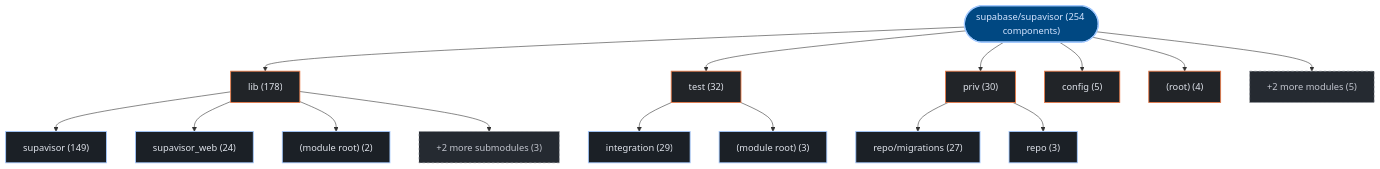
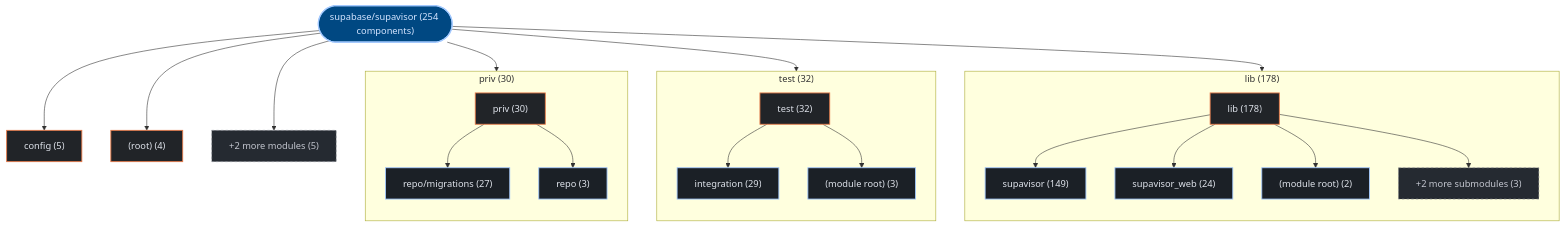
One commit to kumarshaz/atruss-code-atlas changed the first of 3 diagrams in exports/latest/reports/supabase-supavisor-report.md. Above: the diagram before and after it, drawn with Mermaid. The commit also changed 178 other files, not shown here.

Commit message:
feat(ui,mermaid): upgrade to mermaid v12 + ELK layout, add orgs-summary + pagination, subgraph building blocks, fix tab alignment

````diff
--- a/exports/latest/reports/supabase-supavisor-report.md
+++ b/exports/latest/reports/supabase-supavisor-report.md
@@ -42,39 +42,48 @@
 ```mermaid
 graph TD;
   classDef atlasRoot fill:#004882,stroke:#a3c9ff,stroke-width:2px,color:#d3e4ff
   classDef atlasCategory fill:#212428,stroke:#E87A48,stroke-width:1.5px,color:#dfe3eb
   classDef atlasWorkflow fill:#1b2026,stroke:#a3c9ff,stroke-width:1.5px,color:#dfe3eb
   classDef atlasJob fill:#171c22,stroke:#8d9199,stroke-width:1px,color:#dfe3eb
   classDef atlasTarget fill:#005227,stroke:#8bd99b,stroke-width:1.5px,color:#a7f6b6
   classDef atlasAlert fill:#93000a,stroke:#ffb4ab,stroke-width:1.5px,color:#ffdad6
   classDef atlasMore fill:#252a31,stroke:#8d9199,stroke-dasharray:4 4,color:#c3c6cf
     repo_root(["supabase/supavisor (254 components)"]):::atlasRoot
-    dir_0_lib["lib (178)"]:::atlasCategory
+    subgraph sg_dir_0_lib["lib (178)"]
+      direction TB
+      dir_0_lib["lib (178)"]:::atlasCategory
+      sub_0_0_supavisor["supavisor (149)"]:::atlasWorkflow
+      dir_0_lib --> sub_0_0_supavisor
+      sub_0_1_supavisor_web["supavisor_web (24)"]:::atlasWorkflow
+      dir_0_lib --> sub_0_1_supavisor_web
+      sub_0_2__module_root_["(module root) (2)"]:::atlasWorkflow
+      dir_0_lib --> sub_0_2__module_root_
+      sub_0_more["+2 more submodules (3)"]:::atlasMore
+      dir_0_lib --> sub_0_more
+    end
     repo_root --> dir_0_lib
-    sub_0_0_supavisor["supavisor (149)"]:::atlasWorkflow
-    dir_0_lib --> sub_0_0_supavisor
-    sub_0_1_supavisor_web["supavisor_web (24)"]:::atlasWorkflow
-    dir_0_lib --> sub_0_1_supavisor_web
-    sub_0_2__module_root_["(module root) (2)"]:::atlasWorkflow
-    dir_0_lib --> sub_0_2__module_root_
-    sub_0_more["+2 more submodules (3)"]:::atlasMore
-    dir_0_lib --> sub_0_more
-    dir_1_test["test (32)"]:::atlasCategory
+    subgraph sg_dir_1_test["test (32)"]
+      direction TB
+      dir_1_test["test (32)"]:::atlasCategory
+      sub_1_0_integration["integration (29)"]:::atlasWorkflow
+      dir_1_test --> sub_1_0_integration
+      sub_1_1__module_root_["(module root) (3)"]:::atlasWorkflow
+      dir_1_test --> sub_1_1__module_root_
+    end
     repo_root --> dir_1_test
-    sub_1_0_integration["integration (29)"]:::atlasWorkflow
-    dir_1_test --> sub_1_0_integration
-    sub_1_1__module_root_["(module root) (3)"]:::atlasWorkflow
-    dir_1_test --> sub_1_1__module_root_
-    dir_2_priv["priv (30)"]:::atlasCategory
+    subgraph sg_dir_2_priv["priv (30)"]
+      direction TB
+      dir_2_priv["priv (30)"]:::atlasCategory
+      sub_2_0_repo_migrations["repo/migrations (27)"]:::atlasWorkflow
+      dir_2_priv --> sub_2_0_repo_migrations
+      sub_2_1_repo["repo (3)"]:::atlasWorkflow
+      dir_2_priv --> sub_2_1_repo
+    end
     repo_root --> dir_2_priv
-    sub_2_0_repo_migrations["repo/migrations (27)"]:::atlasWorkflow
-    dir_2_priv --> sub_2_0_repo_migrations
-    sub_2_1_repo["repo (3)"]:::atlasWorkflow
-    dir_2_priv --> sub_2_1_repo
     dir_3_config["config (5)"]:::atlasCategory
     repo_root --> dir_3_config
     dir_4__root_["(root) (4)"]:::atlasCategory
     repo_root --> dir_4__root_
     dir_other_modules["+2 more modules (5)"]:::atlasMore
     repo_root --> dir_other_modules
 ```
````
